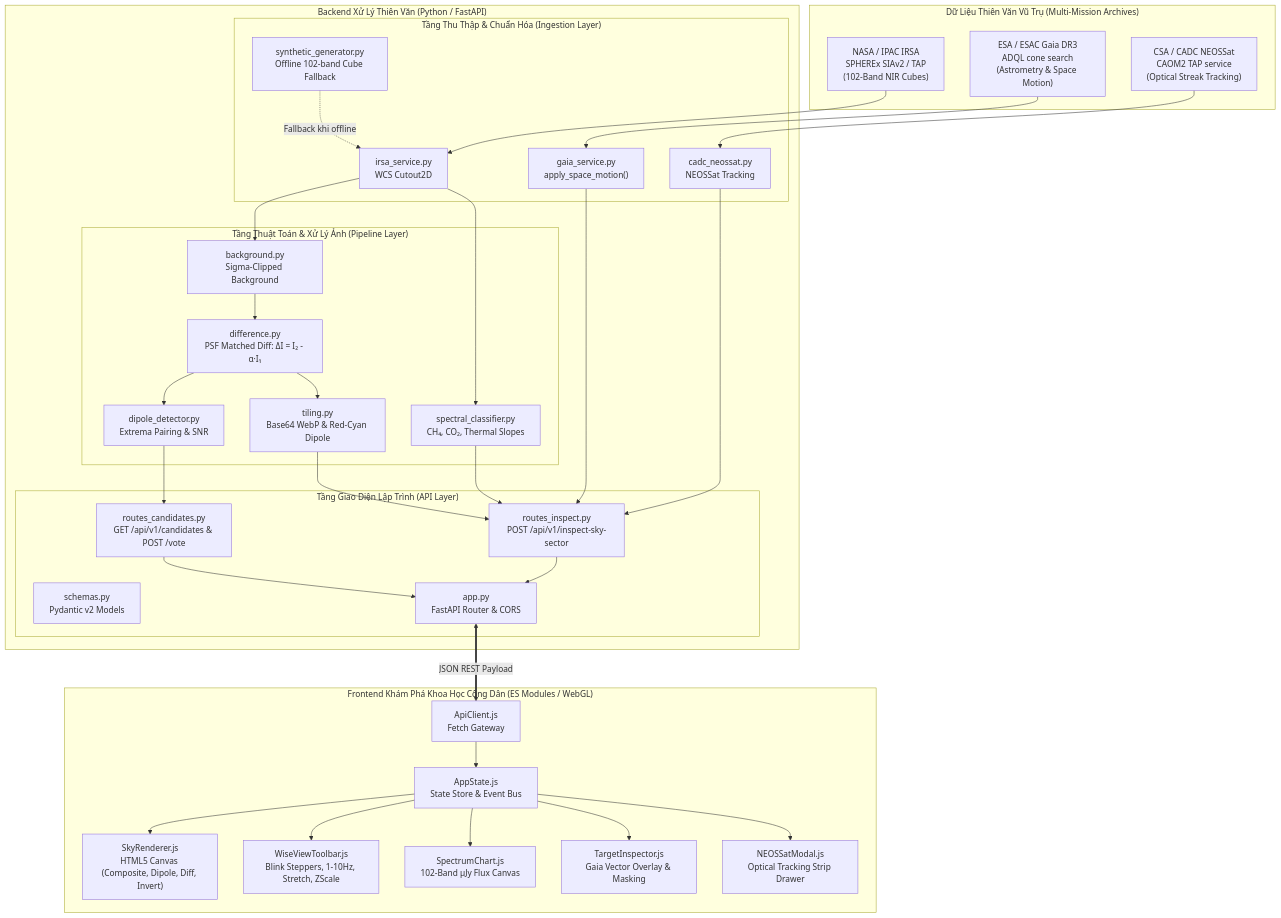
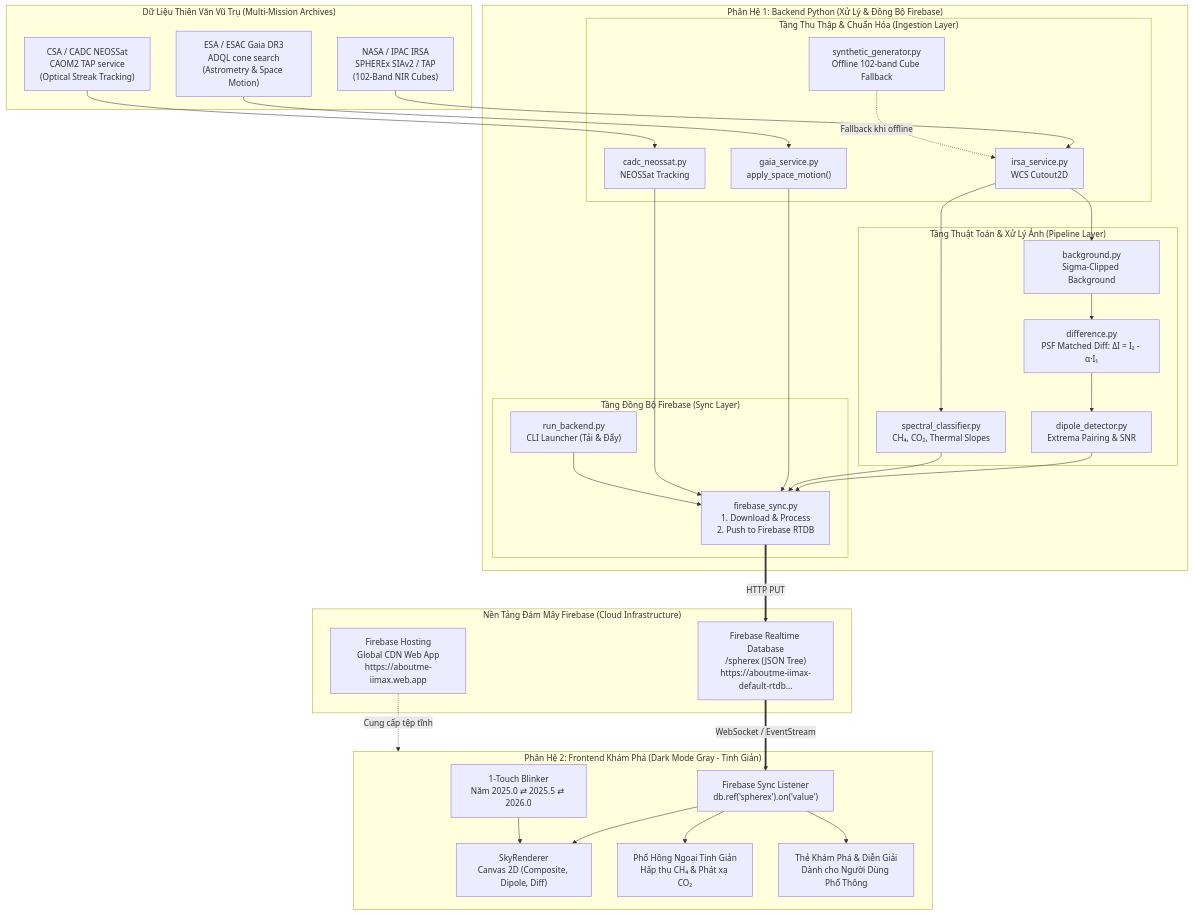
Before and after one commit to II-Max/Planet-X-and-SPHEREx: the diagram in docs/ARCHITECTURE.md, drawn with Mermaid. The commit also changed other lines of this file and 15 other files, not shown here.

````diff
--- a/docs/ARCHITECTURE.md
+++ b/docs/ARCHITECTURE.md
@@ -5,70 +5,66 @@
 ```mermaid
 flowchart TD
     subgraph EXTERNAL["Dữ Liệu Thiên Văn Vũ Trụ (Multi-Mission Archives)"]
         IRSA["NASA / IPAC IRSA<br/>SPHEREx SIAv2 / TAP<br/>(102-Band NIR Cubes)"]
         GAIA["ESA / ESAC Gaia DR3<br/>ADQL cone search<br/>(Astrometry & Space Motion)"]
         CADC["CSA / CADC NEOSSat<br/>CAOM2 TAP service<br/>(Optical Streak Tracking)"]
     end
 
-    subgraph BACKEND["Backend Xử Lý Thiên Văn (Python / FastAPI)"]
+    subgraph BACKEND["Phân Hệ 1: Backend Python (Xử Lý & Đồng Bộ Firebase)"]
         subgraph INGESTION["Tầng Thu Thập & Chuẩn Hóa (Ingestion Layer)"]
             MOD_IRSA["irsa_service.py<br/>WCS Cutout2D"]
             MOD_GAIA["gaia_service.py<br/>apply_space_motion()"]
             MOD_CADC["cadc_neossat.py<br/>NEOSSat Tracking"]
             MOD_SYN["synthetic_generator.py<br/>Offline 102-band Cube Fallback"]
         end
 
         subgraph PIPELINE["Tầng Thuật Toán & Xử Lý Ảnh (Pipeline Layer)"]
             MOD_BG["background.py<br/>Sigma-Clipped Background"]
             MOD_DIFF["difference.py<br/>PSF Matched Diff: ΔI = I₂ - α·I₁"]
             MOD_DIPOLE["dipole_detector.py<br/>Extrema Pairing & SNR"]
             MOD_SPEC["spectral_classifier.py<br/>CH₄, CO₂, Thermal Slopes"]
-            MOD_TILE["tiling.py<br/>Base64 WebP & Red-Cyan Dipole"]
         end
 
-        subgraph API_GATEWAY["Tầng Giao Diện Lập Trình (API Layer)"]
-            SCHEMAS["schemas.py<br/>Pydantic v2 Models"]
-            ROUTE_INSPECT["routes_inspect.py<br/>POST /api/v1/inspect-sky-sector"]
-            ROUTE_CAND["routes_candidates.py<br/>GET /api/v1/candidates & POST /vote"]
-            APP["app.py<br/>FastAPI Router & CORS"]
+        subgraph SYNC_LAYER["Tầng Đồng Bộ Firebase (Sync Layer)"]
+            MOD_FSYNC["firebase_sync.py<br/>1. Download & Process<br/>2. Push to Firebase RTDB"]
+            RUN_CLI["run_backend.py<br/>CLI Launcher (Tải & Đẩy)"]
         end
     end
 
-    subgraph FRONTEND["Frontend Khám Phá Khoa Học Công Dân (ES Modules / WebGL)"]
-        CORE_STATE["AppState.js<br/>State Store & Event Bus"]
-        CORE_RENDER["SkyRenderer.js<br/>HTML5 Canvas (Composite, Dipole, Diff, Invert)"]
-        COMP_TOOLBAR["WiseViewToolbar.js<br/>Blink Steppers, 1-10Hz, Stretch, ZScale"]
-        COMP_SPEC["SpectrumChart.js<br/>102-Band μJy Flux Canvas"]
-        COMP_INSPECT["TargetInspector.js<br/>Gaia Vector Overlay & Masking"]
-        COMP_MODAL["NEOSSatModal.js<br/>Optical Tracking Strip Drawer"]
-        API_CLIENT["ApiClient.js<br/>Fetch Gateway"]
+    subgraph CLOUD["Nền Tảng Đám Mây Firebase (Cloud Infrastructure)"]
+        RTDB["Firebase Realtime Database<br/>/spherex (JSON Tree)<br/>https://aboutme-iimax-default-rtdb..."]
+        HOSTING["Firebase Hosting<br/>Global CDN Web App<br/>https://aboutme-iimax.web.app"]
+    end
+
+    subgraph FRONTEND["Phân Hệ 2: Frontend Khám Phá (Dark Mode Gray - Tinh Giản)"]
+        CORE_RENDER["SkyRenderer<br/>Canvas 2D (Composite, Dipole, Diff)"]
+        CORE_CTRL["1-Touch Blinker<br/>Năm 2025.0 ⇄ 2025.5 ⇄ 2026.0"]
+        SPEC_CHART["Phổ Hồng Ngoại Tinh Giản<br/>Hấp thụ CH₄ & Phát xạ CO₂"]
+        INSPECTOR["Thẻ Khám Phá & Diễn Giải<br/>Dành cho Người Dùng Phổ Thông"]
+        FB_LISTENER["Firebase Sync Listener<br/>db.ref('spherex').on('value')"]
     end
 
     IRSA --> MOD_IRSA
     GAIA --> MOD_GAIA
     CADC --> MOD_CADC
     MOD_SYN -.->|Fallback khi offline| MOD_IRSA
 
     MOD_IRSA --> MOD_BG
     MOD_BG --> MOD_DIFF
     MOD_DIFF --> MOD_DIPOLE
     MOD_IRSA --> MOD_SPEC
-    MOD_DIFF --> MOD_TILE
 
-    MOD_TILE --> ROUTE_INSPECT
-    MOD_SPEC --> ROUTE_INSPECT
-    MOD_GAIA --> ROUTE_INSPECT
-    MOD_CADC --> ROUTE_INSPECT
-    MOD_DIPOLE --> ROUTE_CAND
+    MOD_DIPOLE --> MOD_FSYNC
+    MOD_SPEC --> MOD_FSYNC
+    MOD_GAIA --> MOD_FSYNC
+    MOD_CADC --> MOD_FSYNC
+    RUN_CLI --> MOD_FSYNC
 
-    ROUTE_INSPECT --> APP
-    ROUTE_CAND --> APP
-
-    APP <==>|JSON REST Payload| API_CLIENT
-    API_CLIENT --> CORE_STATE
-    CORE_STATE --> CORE_RENDER
-    CORE_STATE --> COMP_TOOLBAR
-    CORE_STATE --> COMP_SPEC
-    CORE_STATE --> COMP_INSPECT
-    CORE_STATE --> COMP_MODAL
+    MOD_FSYNC ==HTTP PUT==> RTDB
+    HOSTING -.->|Cung cấp tệp tĩnh| FRONTEND
+    RTDB ==WebSocket / EventStream==> FB_LISTENER
+    FB_LISTENER --> CORE_RENDER
+    FB_LISTENER --> INSPECTOR
+    FB_LISTENER --> SPEC_CHART
+    CORE_CTRL --> CORE_RENDER
 ```
````
